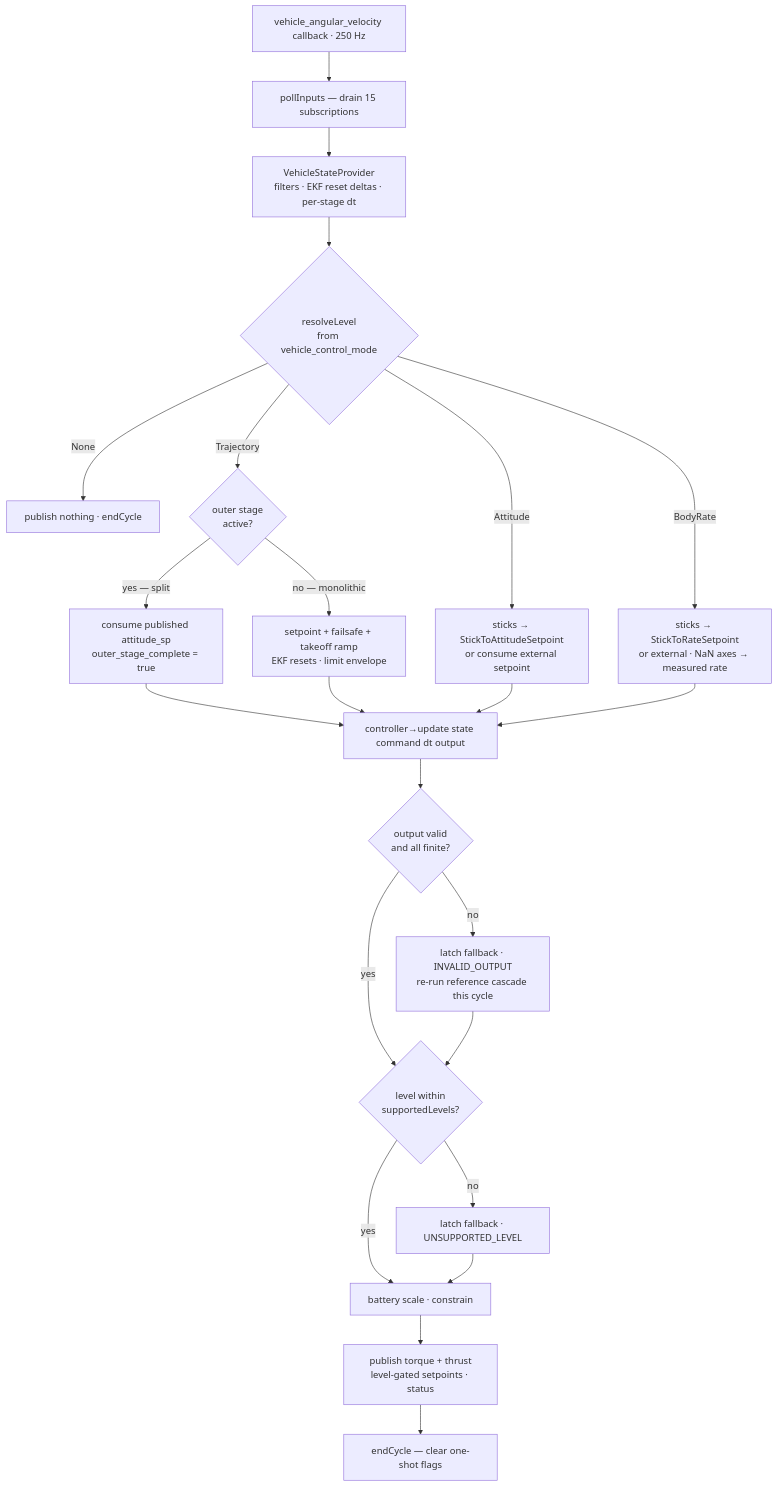
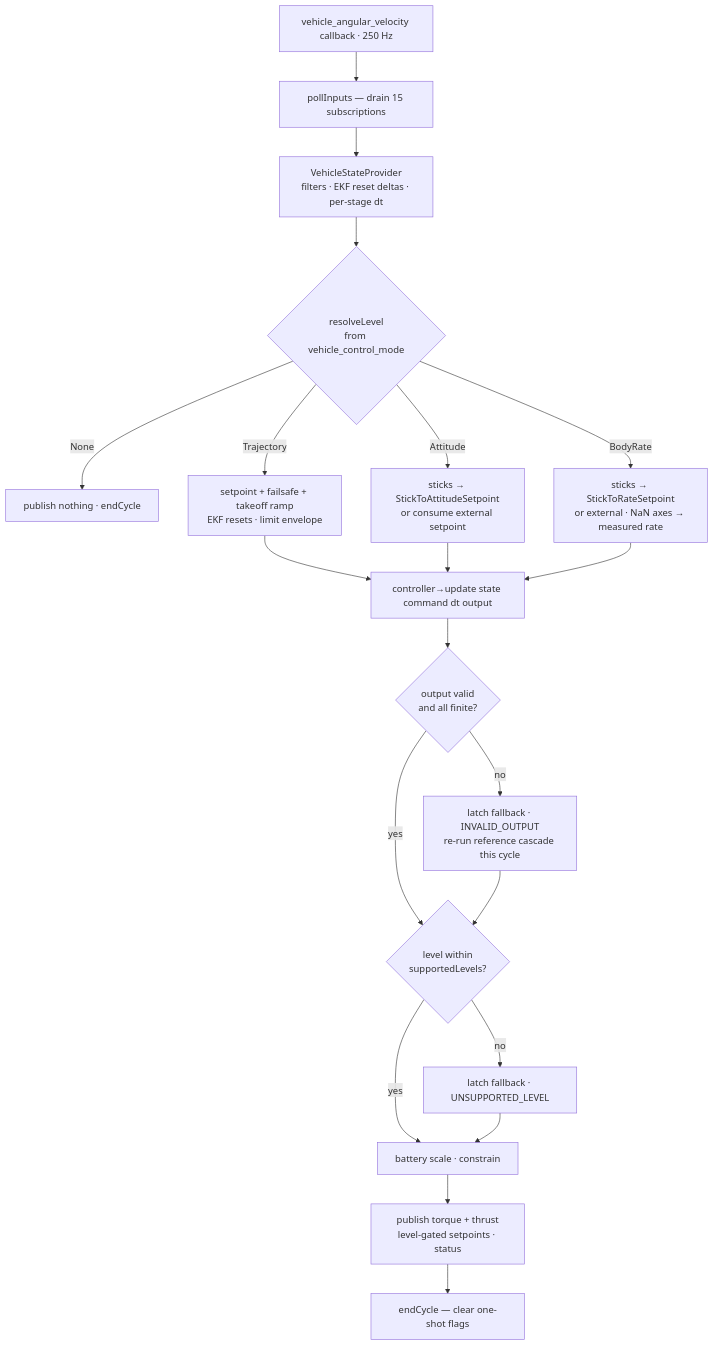
Before and after one commit to pyromania99/PX4-Autopilot: the fourth of 5 diagrams in src/modules/mc_controller/CHANGE_MAP.md, drawn with Mermaid. The commit also changed other lines of this file and 38 other files, not shown here.

First line of the commit message:
mc_controller: shared trajectory stage, and spin-lag compensation

````diff
--- a/src/modules/mc_controller/CHANGE_MAP.md
+++ b/src/modules/mc_controller/CHANGE_MAP.md
@@ -178,25 +171,22 @@
 ```mermaid
 flowchart TB
     A["vehicle_angular_velocity callback · 250 Hz"] --> B["pollInputs — drain 15 subscriptions"]
     B --> C["VehicleStateProvider<br/>filters · EKF reset deltas · per-stage dt"]
     C --> D{"resolveLevel<br/>from vehicle_control_mode"}
     D -->|None| Z["publish nothing · endCycle"]
-    D -->|Trajectory| T{"outer stage<br/>active?"}
-    T -->|"yes — split"| TS["consume published attitude_sp<br/>outer_stage_complete = true"]
-    T -->|"no — monolithic"| TI["setpoint + failsafe + takeoff ramp<br/>EKF resets · limit envelope"]
+    D -->|Trajectory| TI["setpoint + failsafe + takeoff ramp<br/>EKF resets · limit envelope"]
     D -->|Attitude| AT["sticks → StickToAttitudeSetpoint<br/>or consume external setpoint"]
     D -->|BodyRate| BR["sticks → StickToRateSetpoint<br/>or external · NaN axes → measured rate"]
-    TS --> E
     TI --> E
     AT --> E
     BR --> E["controller→update state command dt output"]
     E --> F{"output valid<br/>and all finite?"}
     F -->|no| G["latch fallback · INVALID_OUTPUT<br/>re-run reference cascade this cycle"]
     F -->|yes| H{"level within<br/>supportedLevels?"}
     G --> H
     H -->|no| G2["latch fallback · UNSUPPORTED_LEVEL"]
     H -->|yes| I["battery scale · constrain"]
     G2 --> I
     I --> J["publish torque + thrust<br/>level-gated setpoints · status"]
     J --> K["endCycle — clear one-shot flags"]
 ```
````
